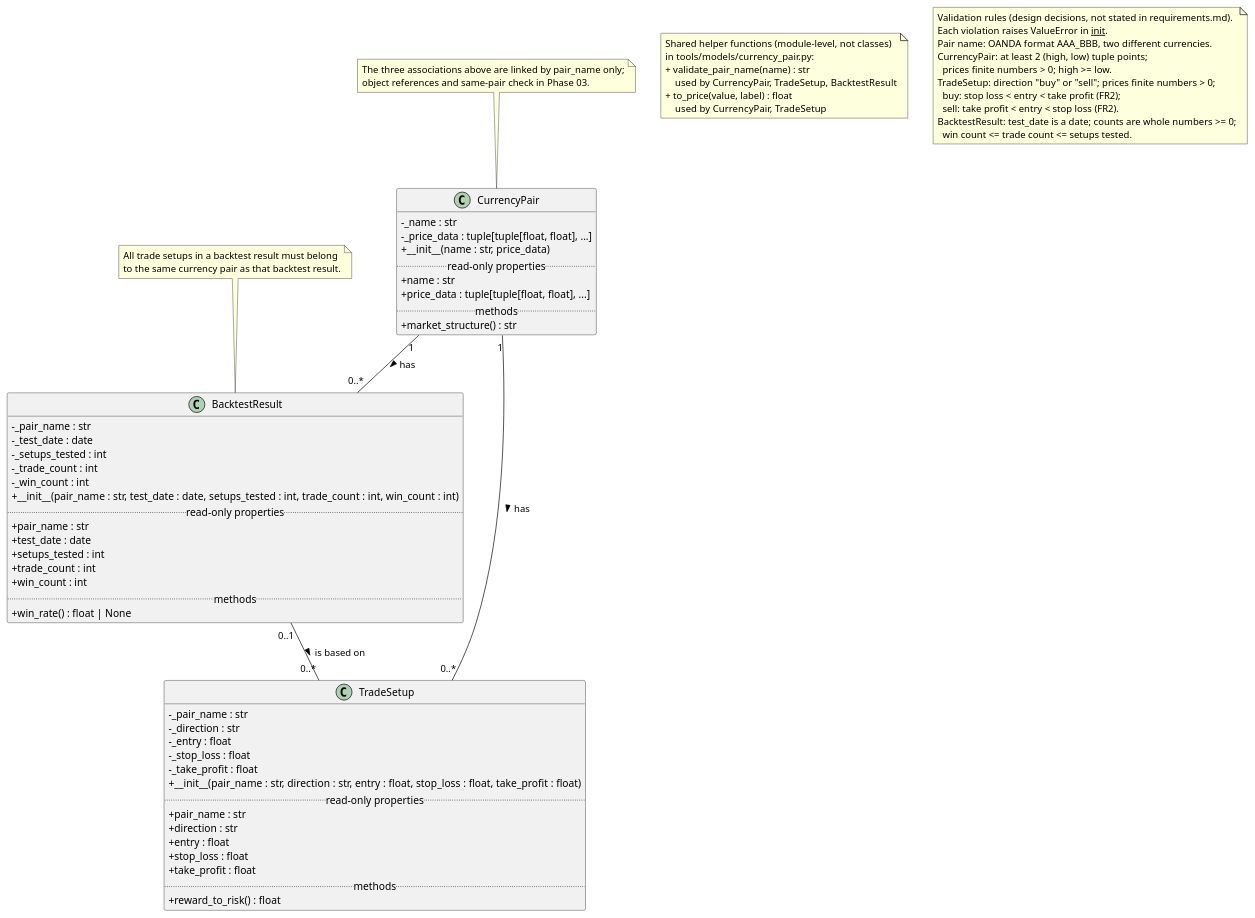
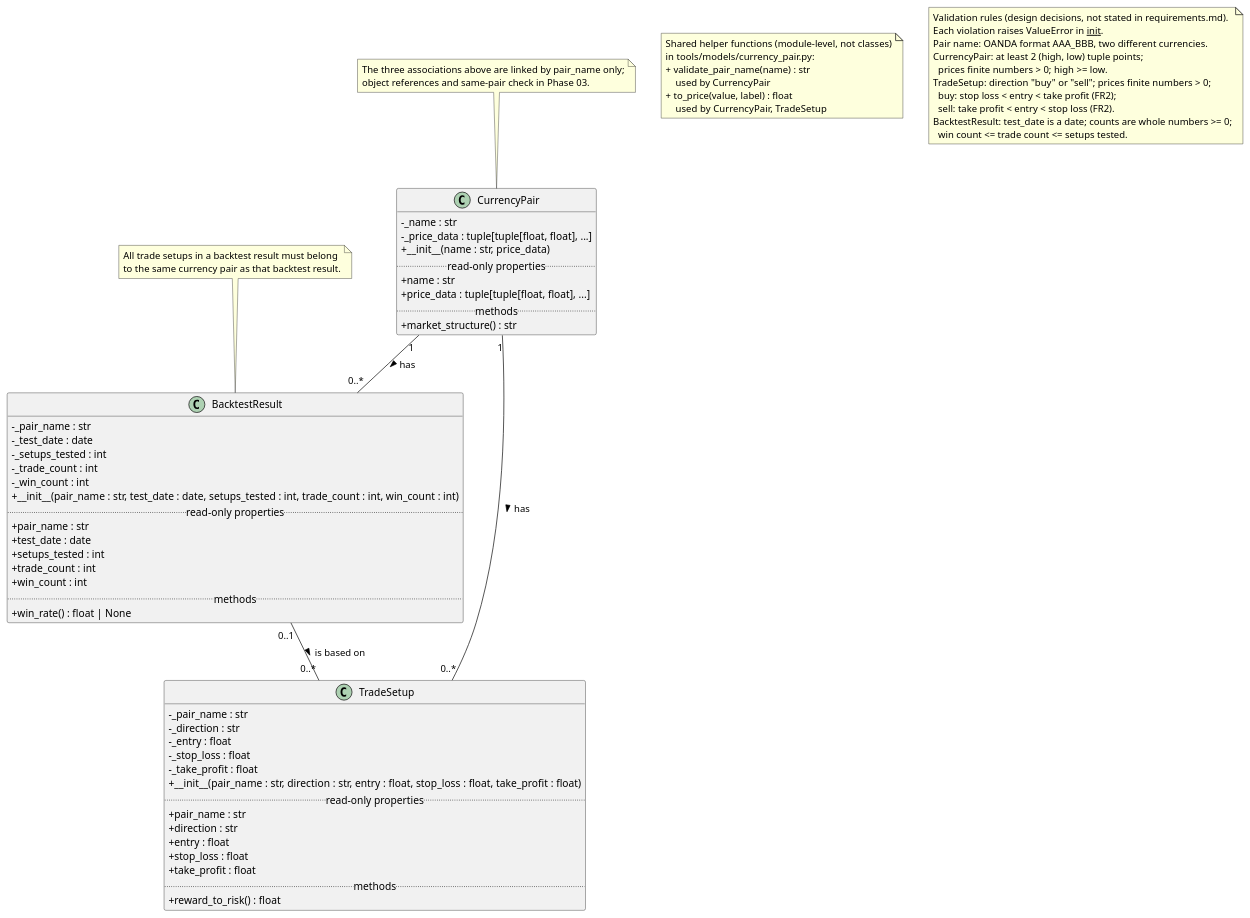
The diagram in docs/design/uml/domain-model.puml (dan119524/nexus-trade), drawn with PlantUML before and after one commit. The commit also changed 10 other files, not shown here.

```diff
--- a/docs/design/uml/domain-model.puml
+++ b/docs/design/uml/domain-model.puml
@@ -1,88 +1,88 @@
 @startuml domain-model
 ' Sources: docs/design/requirements.md, sections "Domain Entities" and
 ' "Relationships and Multiplicities", for the classes and relationships.
 ' tools/models/ (Phase 02) for the attributes and public methods.
 ' Attributes are private (-) and exposed as read-only @property (+). No setters.
 skinparam classAttributeIconSize 0
 hide empty members
 
 class CurrencyPair {
   - _name : str
   - _price_data : tuple[tuple[float, float], ...]
   + __init__(name : str, price_data)
   .. read-only properties ..
   + name : str
   + price_data : tuple[tuple[float, float], ...]
   .. methods ..
   + market_structure() : str
 }
 
 class TradeSetup {
   - _pair_name : str
   - _direction : str
   - _entry : float
   - _stop_loss : float
   - _take_profit : float
   + __init__(pair_name : str, direction : str, entry : float, stop_loss : float, take_profit : float)
   .. read-only properties ..
   + pair_name : str
   + direction : str
   + entry : float
   + stop_loss : float
   + take_profit : float
   .. methods ..
   + reward_to_risk() : float
 }
 
 class BacktestResult {
   - _pair_name : str
   - _test_date : date
   - _setups_tested : int
   - _trade_count : int
   - _win_count : int
   + __init__(pair_name : str, test_date : date, setups_tested : int, trade_count : int, win_count : int)
   .. read-only properties ..
   + pair_name : str
   + test_date : date
   + setups_tested : int
   + trade_count : int
   + win_count : int
   .. methods ..
   + win_rate() : float | None
 }
 
 CurrencyPair "1" -- "0..*" TradeSetup : has >
 CurrencyPair "1" -- "0..*" BacktestResult : has >
 BacktestResult "0..1" -- "0..*" TradeSetup : is based on >
 
 note "All trade setups in a backtest result must belong\nto the same currency pair as that backtest result." as SamePair
 SamePair .. BacktestResult
 
 note as AssociationLinks
   The three associations above are linked by pair_name only;
   object references and same-pair check in Phase 03.
 end note
 AssociationLinks .. CurrencyPair
 
 note as SharedHelpers
   Shared helper functions (module-level, not classes)
   in tools/models/currency_pair.py:
   + validate_pair_name(name) : str
-      used by CurrencyPair, TradeSetup, BacktestResult
+      used by CurrencyPair
   + to_price(value, label) : float
       used by CurrencyPair, TradeSetup
 end note
 
 note as ValidationRules
   Validation rules (design decisions, not stated in requirements.md).
   Each violation raises ValueError in __init__.
   Pair name: OANDA format AAA_BBB, two different currencies.
   CurrencyPair: at least 2 (high, low) tuple points;
     prices finite numbers > 0; high >= low.
   TradeSetup: direction "buy" or "sell"; prices finite numbers > 0;
     buy: stop loss < entry < take profit (FR2);
     sell: take profit < entry < stop loss (FR2).
   BacktestResult: test_date is a date; counts are whole numbers >= 0;
     win count <= trade count <= setups tested.
 end note
 @enduml
```
